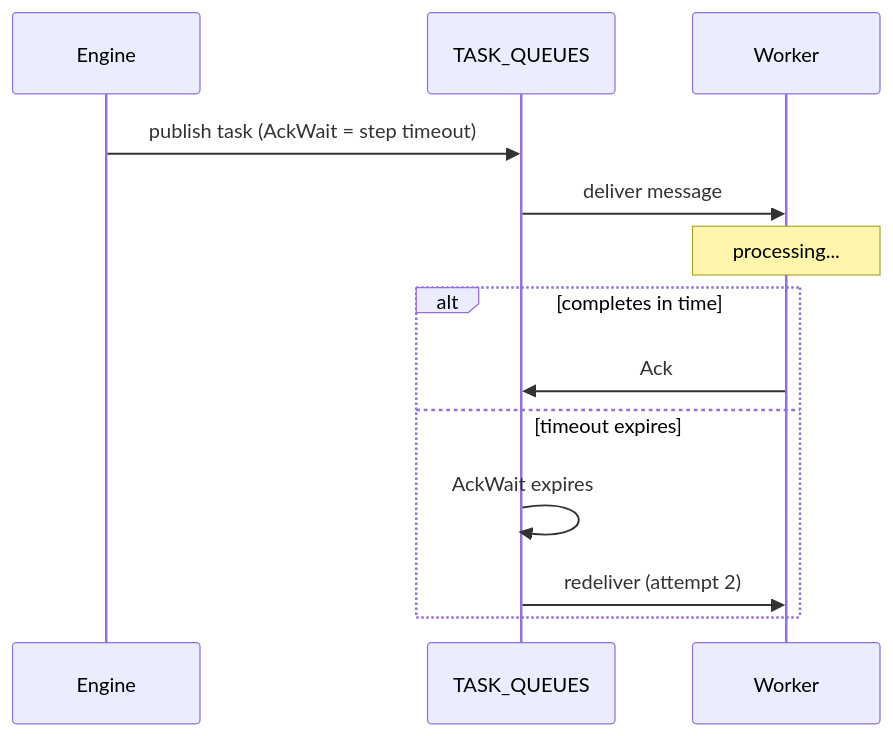
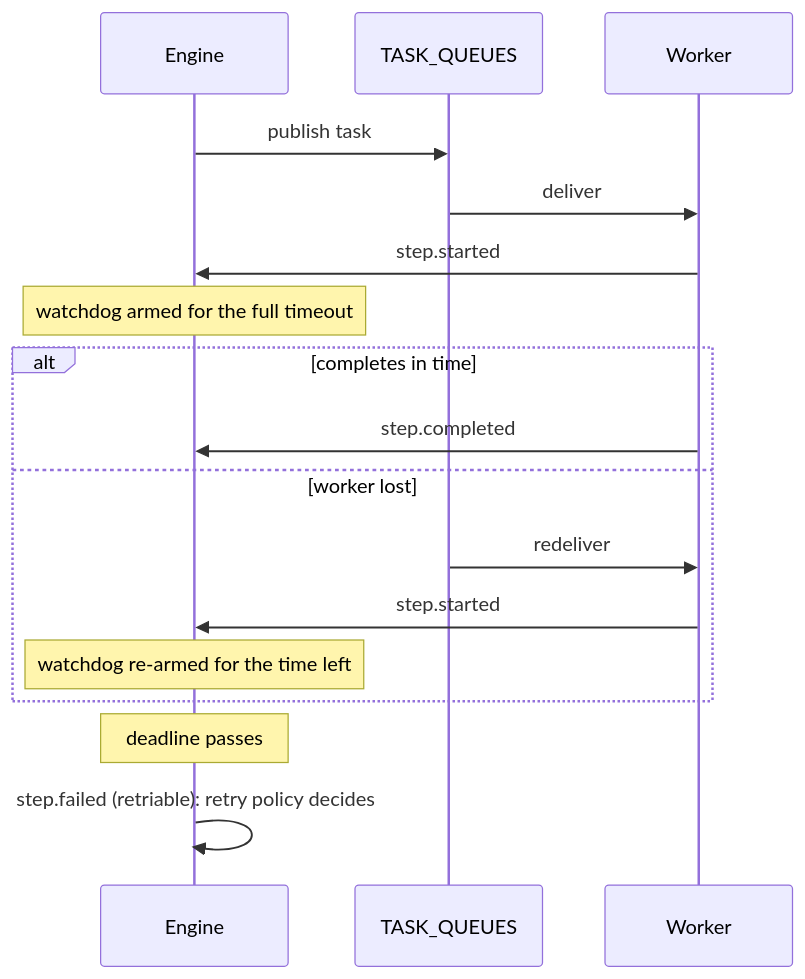
One commit to danmestas/dagnats changed the diagram in docs/site/content/docs/reliability/timeouts.md. Above: the diagram before and after it, drawn with Mermaid. The commit also changed other lines of this file and 7 other files, not shown here.

First line of the commit message:
fix(#743): a redelivered task no longer restarts the step timeout

````diff
--- a/docs/site/content/docs/reliability/timeouts.md
+++ b/docs/site/content/docs/reliability/timeouts.md
@@ -27,16 +29,20 @@
 ```mermaid
 sequenceDiagram
     participant Engine
     participant NATS as TASK_QUEUES
     participant Worker
 
-    Engine->>NATS: publish task (AckWait = step timeout)
-    NATS->>Worker: deliver message
-    Note over Worker: processing...
+    Engine->>NATS: publish task
+    NATS->>Worker: deliver
+    Worker->>Engine: step.started
+    Note over Engine: watchdog armed for the full timeout
     alt completes in time
-        Worker->>NATS: Ack
-    else timeout expires
-        NATS->>NATS: AckWait expires
-        NATS->>Worker: redeliver (attempt 2)
+        Worker->>Engine: step.completed
+    else worker lost
+        NATS->>Worker: redeliver
+        Worker->>Engine: step.started
+        Note over Engine: watchdog re-armed for the time left
     end
+    Note over Engine: deadline passes
+    Engine->>Engine: step.failed (retriable): retry policy decides
 ```
````
